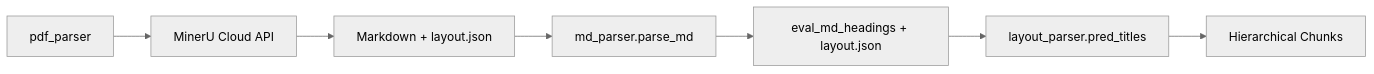
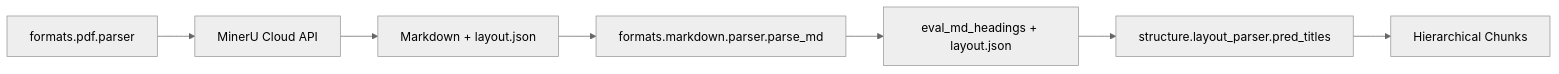
One commit to getsyntegrity/knowhere changed the third of 4 diagrams in AGENTS.md. Above: the diagram before and after it, drawn with Mermaid (neutral theme). The commit also changed other lines of this file and 100 other files, not shown here.

Commit message:
refactor: structure worker document parser modules

````diff
--- a/AGENTS.md
+++ b/AGENTS.md
@@ -195,9 +195,9 @@
 ```mermaid
 flowchart LR
-    PDF[pdf_parser] --> MinerU[MinerU Cloud API]
+    PDF[formats.pdf.parser] --> MinerU[MinerU Cloud API]
     MinerU --> MDFile[Markdown + layout.json]
-    MDFile --> MDParser[md_parser.parse_md]
+    MDFile --> MDParser[formats.markdown.parser.parse_md]
     MDParser --> EvalHeadings[eval_md_headings + layout.json]
-    EvalHeadings --> PredTitles[layout_parser.pred_titles]
+    EvalHeadings --> PredTitles[structure.layout_parser.pred_titles]
     PredTitles --> Chunks[Hierarchical Chunks]
 ```
````
